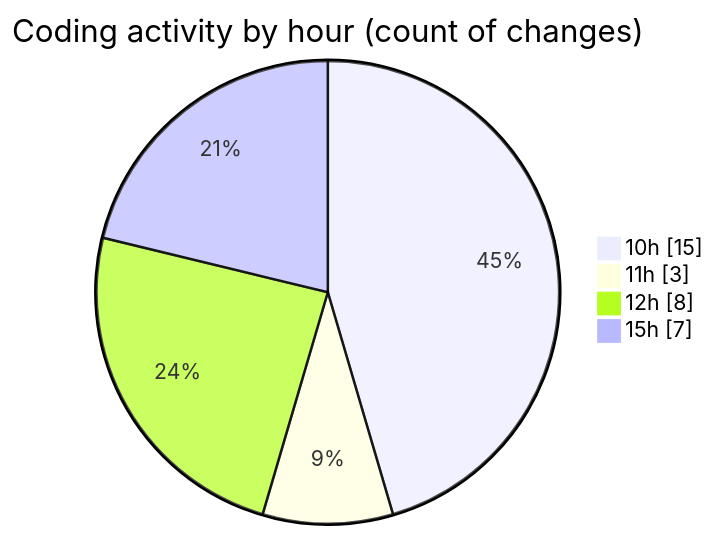
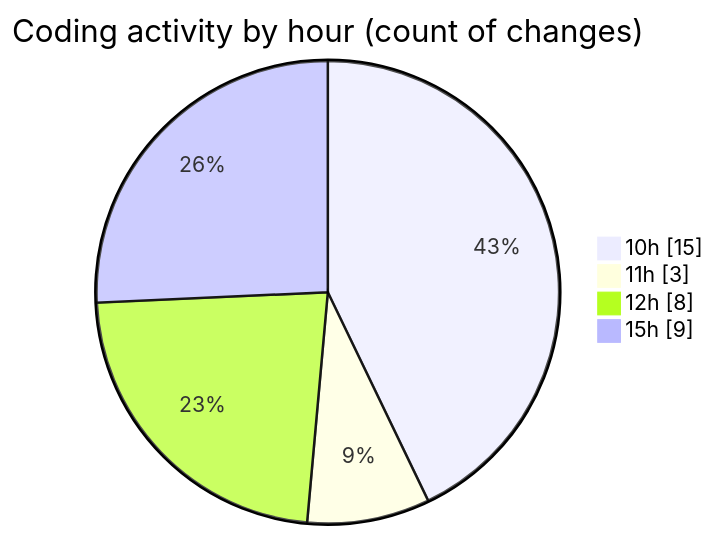
Before and after one commit to nxtqubesakshisongat/code-tracking: the second of 2 diagrams in 2026-02-19/nxtqube_webapp/README.md, drawn with Mermaid. The commit also changed other lines of this file and 1 other file, not shown here.

````diff
--- a/2026-02-19/nxtqube_webapp/README.md
+++ b/2026-02-19/nxtqube_webapp/README.md
@@ -37,8 +37,8 @@
 ```mermaid
 pie showData
 title Coding activity by hour (count of changes)
 "10h" : 15
 "11h" : 3
 "12h" : 8
-"15h" : 7
+"15h" : 9
 ```
````
